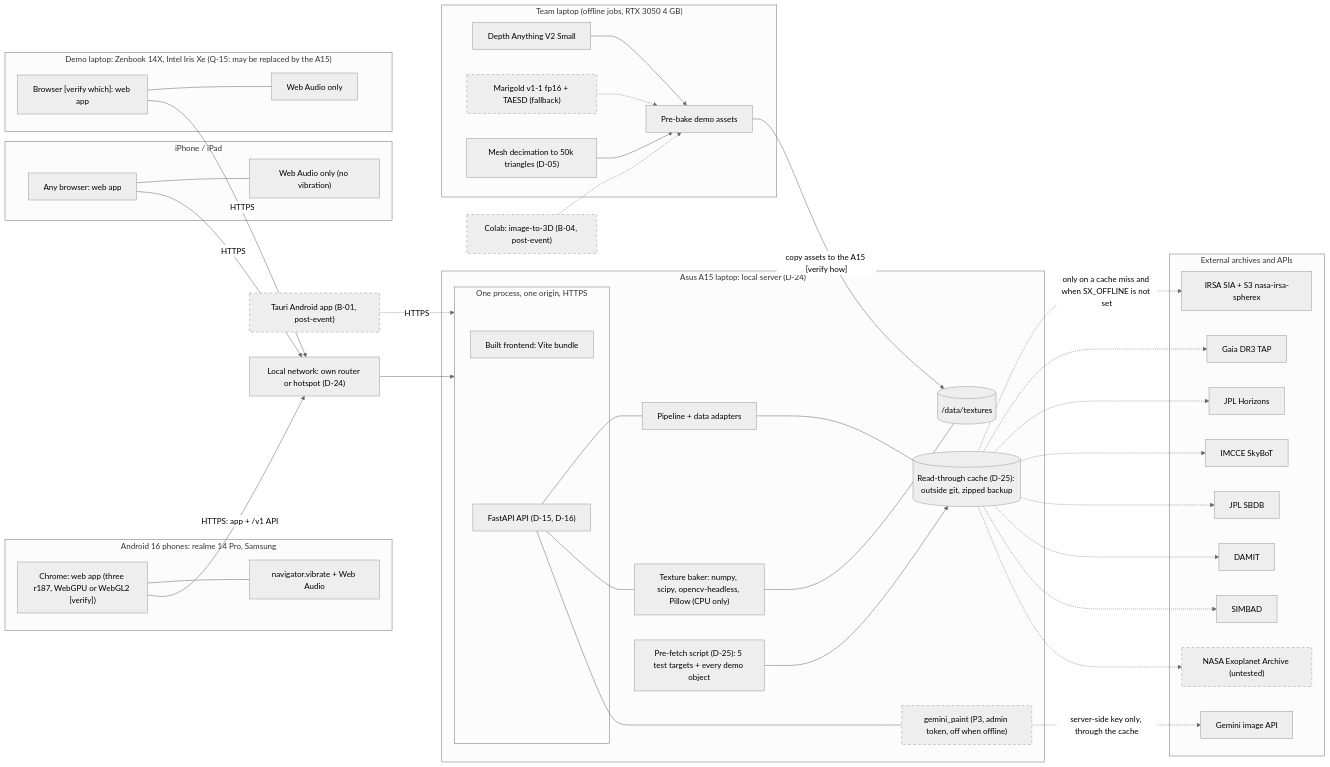
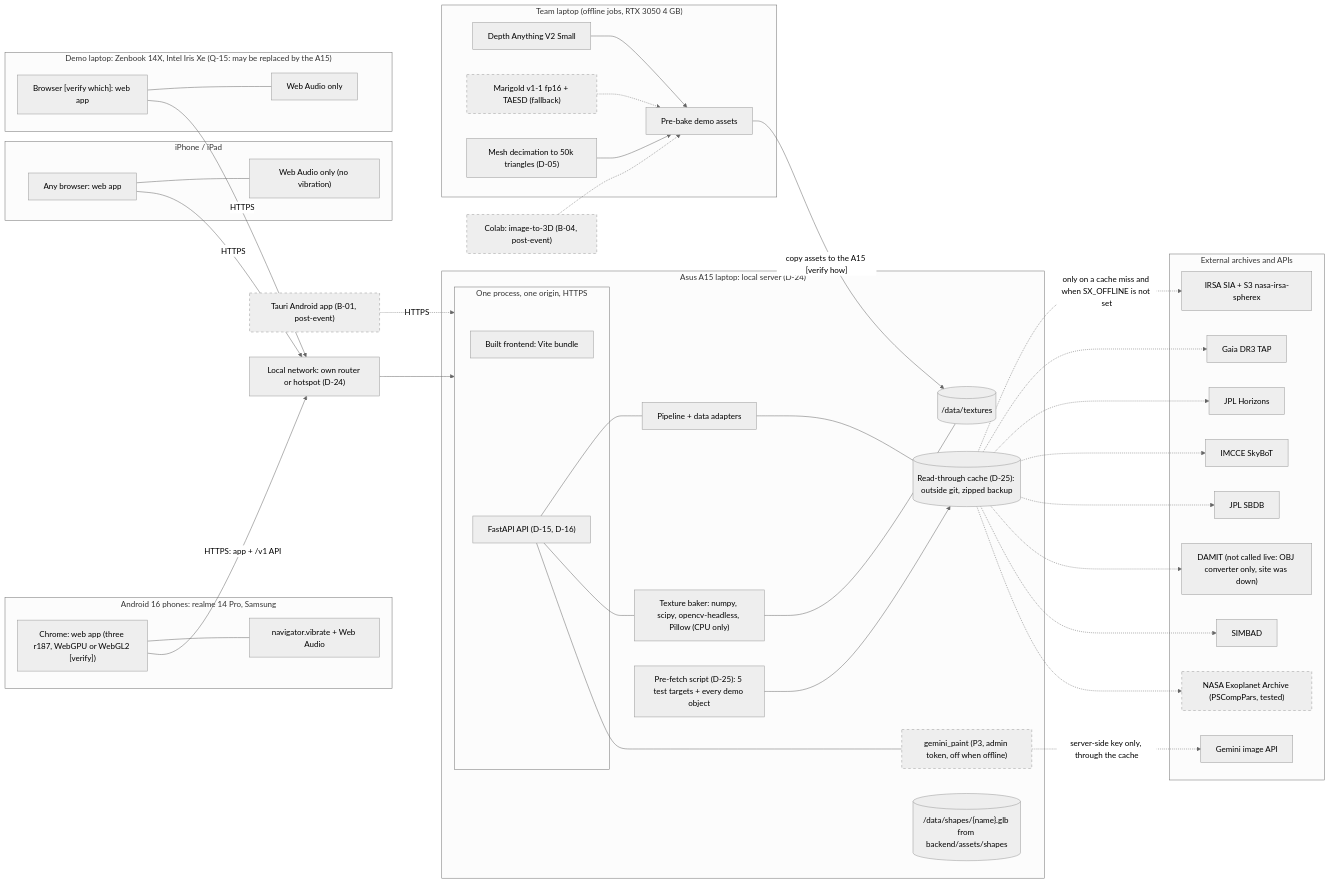
The diagram in docs/uml/03-deployment.md (0ffrian/SphereX), drawn with Mermaid (neutral theme) before and after one commit. The commit also changed 18 other files, not shown here.

```diff
--- a/docs/uml/03-deployment.md
+++ b/docs/uml/03-deployment.md
@@ -34,6 +34,7 @@
     GemN["gemini_paint (P3, admin token, off when offline)"]
     Cache[("Read-through cache (D-25): outside git, zipped backup")]
     Textures[("/data/textures")]
+    Shapes[("/data/shapes/{name}.glb from backend/assets/shapes")]
     PreFetch["Pre-fetch script (D-25): 5 test targets + every demo object"]
     PyAPI --- PipelineN
     PyAPI --- BakerN
@@ -56,9 +57,9 @@
     Horizons["JPL Horizons"]
     SkyBoT["IMCCE SkyBoT"]
     SBDB["JPL SBDB"]
-    DAMIT["DAMIT"]
+    DAMIT["DAMIT (not called live: OBJ converter only, site was down)"]
     SIMBAD["SIMBAD"]
-    Exo["NASA Exoplanet Archive (untested)"]
+    Exo["NASA Exoplanet Archive (PSCompPars, tested)"]
     GeminiAPI["Gemini image API"]
   end
 
```
